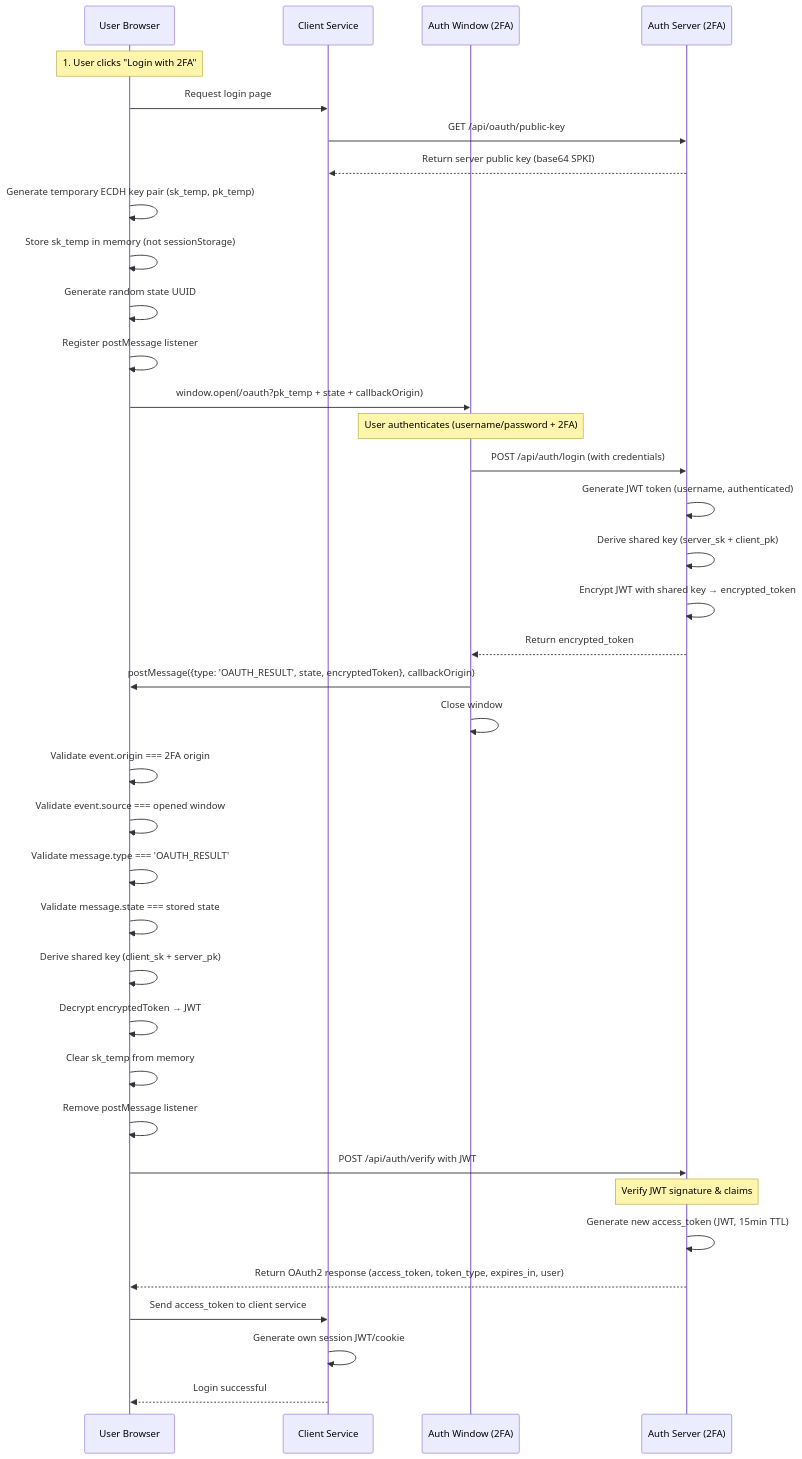
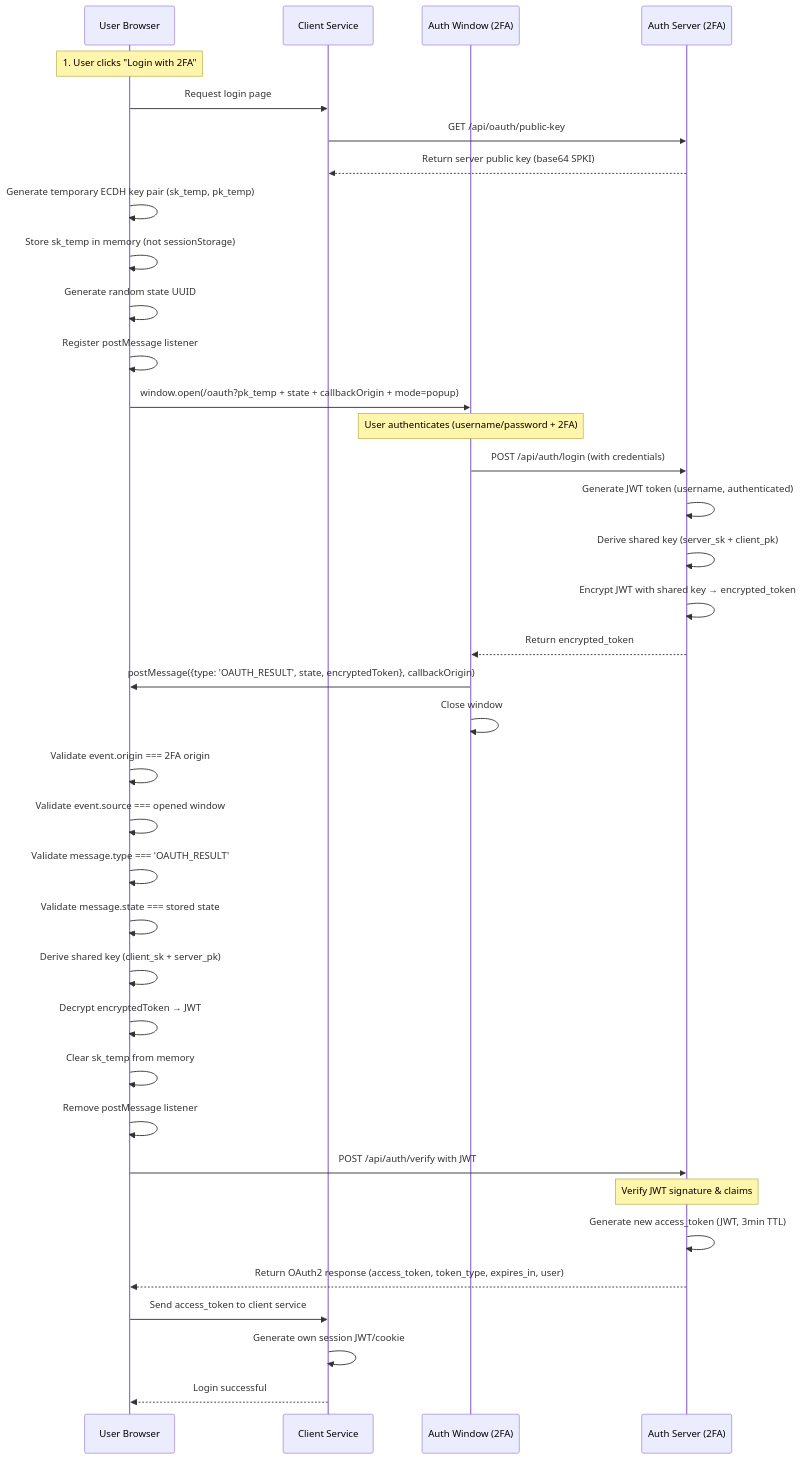
One commit to DavidKk/vercel-2fa changed the first of 2 diagrams in app/oauth/docs/flow.md. Above: the diagram before and after it, drawn with Mermaid. The commit also changed other lines of this file and 6 other files, not shown here.

````diff
--- a/app/oauth/docs/flow.md
+++ b/app/oauth/docs/flow.md
@@ -5,47 +25,47 @@
 ```mermaid
 sequenceDiagram
     participant User as User Browser
     participant Client as Client Service
     participant AuthWindow as Auth Window (2FA)
     participant Auth as Auth Server (2FA)
 
     Note over User: 1. User clicks "Login with 2FA"
 
     User->>Client: Request login page
     Client->>Auth: GET /api/oauth/public-key
     Auth-->>Client: Return server public key (base64 SPKI)
 
     User->>User: Generate temporary ECDH key pair (sk_temp, pk_temp)
     User->>User: Store sk_temp in memory (not sessionStorage)
     User->>User: Generate random state UUID
     User->>User: Register postMessage listener
 
-    User->>AuthWindow: window.open(/oauth?pk_temp + state + callbackOrigin)
+    User->>AuthWindow: window.open(/oauth?pk_temp + state + callbackOrigin + mode=popup)
     Note over AuthWindow: User authenticates (username/password + 2FA)
     AuthWindow->>Auth: POST /api/auth/login (with credentials)
     Auth->>Auth: Generate JWT token (username, authenticated)
     Auth->>Auth: Derive shared key (server_sk + client_pk)
     Auth->>Auth: Encrypt JWT with shared key → encrypted_token
     Auth-->>AuthWindow: Return encrypted_token
 
     AuthWindow->>User: postMessage({type: 'OAUTH_RESULT', state, encryptedToken}, callbackOrigin)
     AuthWindow->>AuthWindow: Close window
 
     User->>User: Validate event.origin === 2FA origin
     User->>User: Validate event.source === opened window
     User->>User: Validate message.type === 'OAUTH_RESULT'
     User->>User: Validate message.state === stored state
     User->>User: Derive shared key (client_sk + server_pk)
     User->>User: Decrypt encryptedToken → JWT
     User->>User: Clear sk_temp from memory
     User->>User: Remove postMessage listener
 
     User->>Auth: POST /api/auth/verify with JWT
     Note over Auth: Verify JWT signature & claims
-    Auth->>Auth: Generate new access_token (JWT, 15min TTL)
+    Auth->>Auth: Generate new access_token (JWT, 3min TTL)
     Auth-->>User: Return OAuth2 response (access_token, token_type, expires_in, user)
 
     User->>Client: Send access_token to client service
     Client->>Client: Generate own session JWT/cookie
     Client-->>User: Login successful
 ```
````
